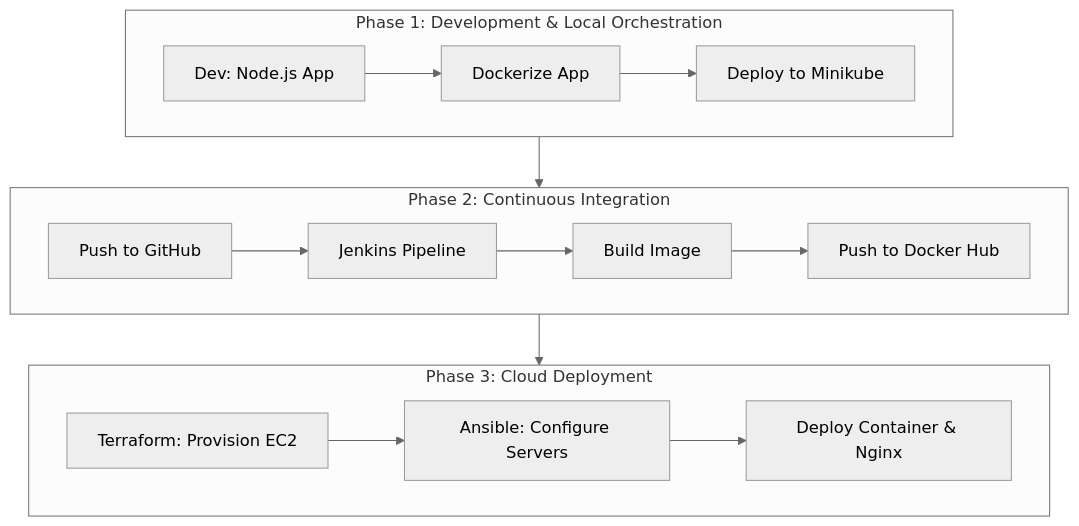
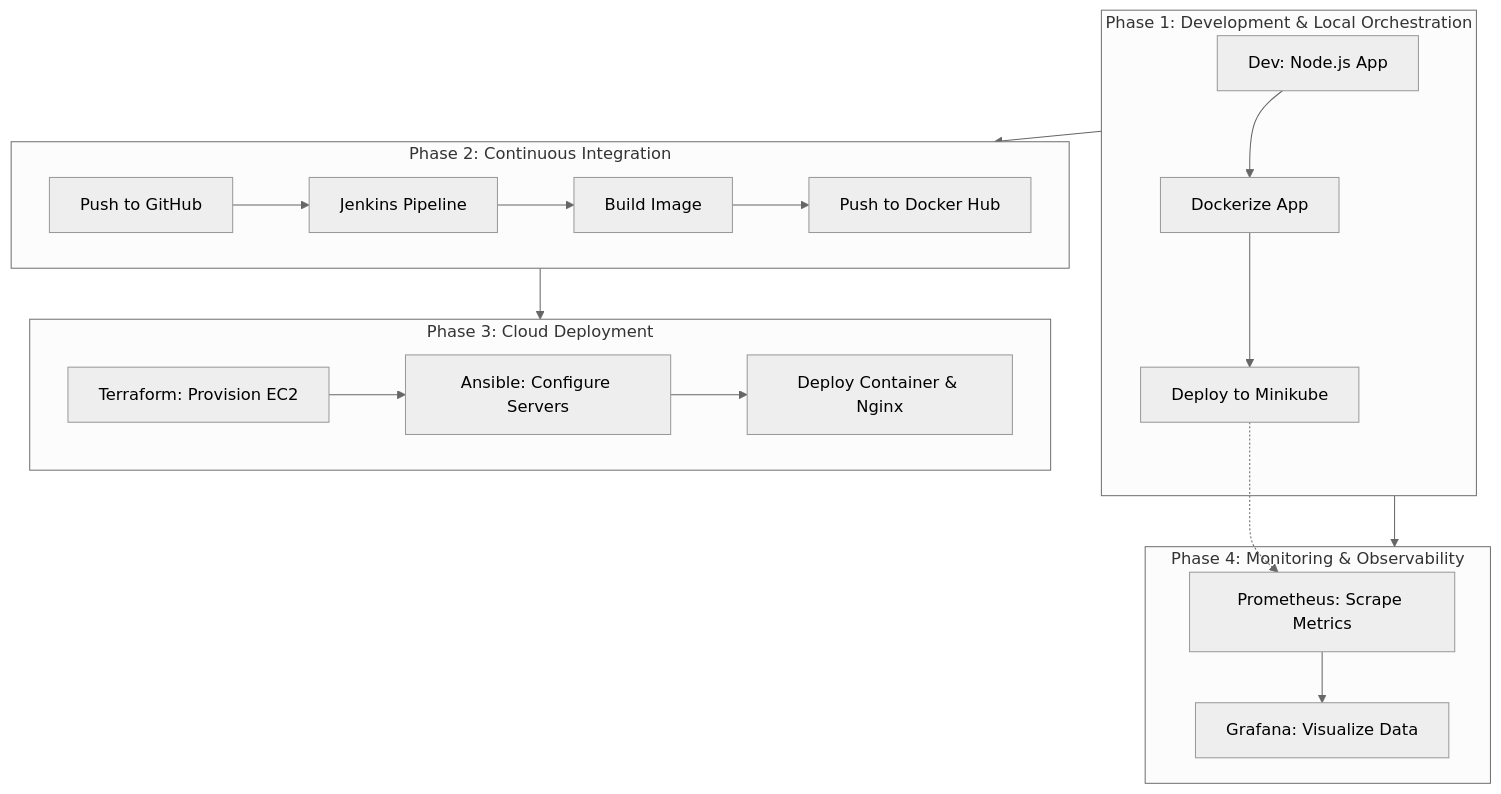
One commit to MartinS984/sdlc-devops-project- changed the diagram in README.md. Above: the diagram before and after it, drawn with Mermaid (neutral theme). The commit also changed other lines of this file and 3 other files, not shown here.

Commit message:
Add Monitoring & Observability (Prometheus & Grafana) and update README

````diff
--- a/README.md
+++ b/README.md
@@ -11,21 +11,27 @@
 ```mermaid
 graph TD
     subgraph Phase1[Phase 1: Development & Local Orchestration]
         Dev[Dev: Node.js App] --> Docker[Dockerize App]
         Docker --> Minikube[Deploy to Minikube]
     end
 
     subgraph Phase2[Phase 2: Continuous Integration]
         Git[Push to GitHub] --> Jenkins[Jenkins Pipeline]
         Jenkins --> Build[Build Image]
         Build --> Push[Push to Docker Hub]
     end
 
     subgraph Phase3[Phase 3: Cloud Deployment]
         TF[Terraform: Provision EC2] --> Ansible[Ansible: Configure Servers]
         Ansible --> Deploy[Deploy Container & Nginx]
     end
 
+    subgraph Phase4[Phase 4: Monitoring & Observability]
+        Prometheus[Prometheus: Scrape Metrics] --> Grafana[Grafana: Visualize Data]
+        Minikube -.-> Prometheus
+    end
+
     Phase1 --> Phase2
     Phase2 --> Phase3
+    Phase1 --> Phase4
 ```
````
